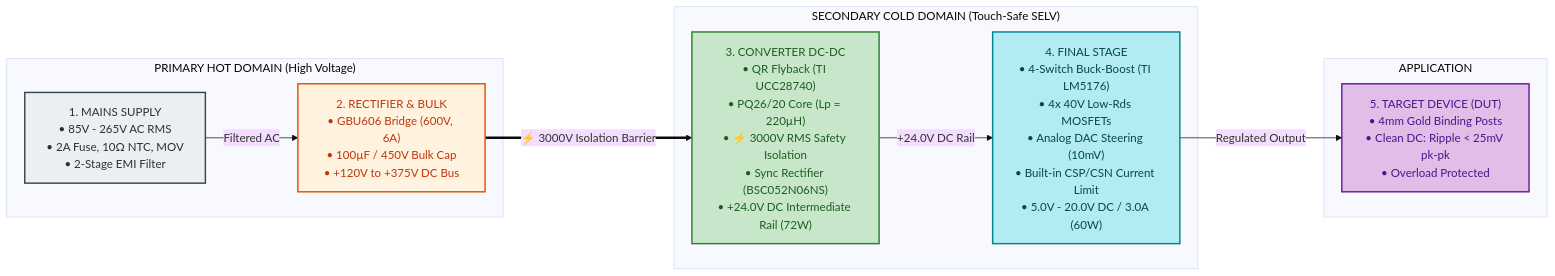
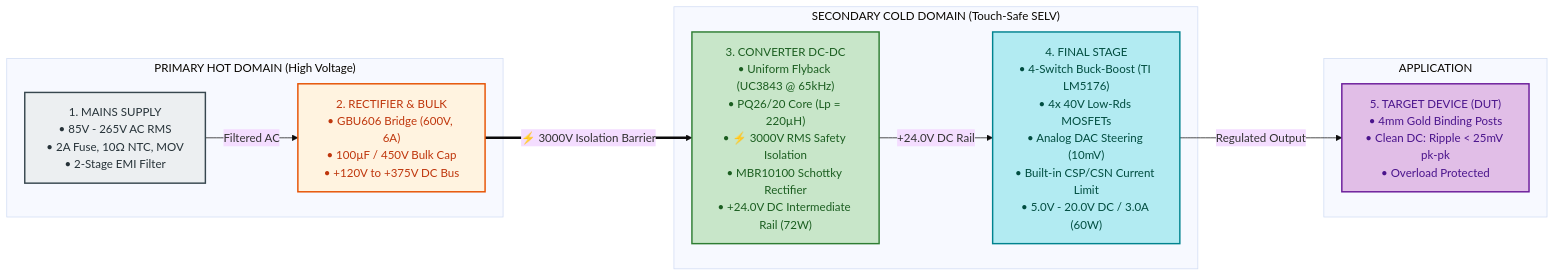
Before and after one commit to tthongs/av_iv: the diagram in README.md, drawn with Mermaid (base theme). The commit also changed other lines of this file and 30 other files, not shown here.

First line of the commit message:
feat(spps): implement uniform-frequency flyback architecture and standalone subsystem table

````diff
--- a/README.md
+++ b/README.md
@@ -18,28 +18,28 @@
 ```mermaid
 flowchart LR
     %% Domain Styles
     classDef acStyle fill:#ECEFF1,stroke:#37474F,stroke-width:2px,color:#263238
     classDef rectStyle fill:#FFF3E0,stroke:#E65100,stroke-width:2px,color:#BF360C
     classDef isoStyle fill:#C8E6C9,stroke:#2E7D32,stroke-width:2px,color:#1B5E20
     classDef bbStyle fill:#B2EBF2,stroke:#00838F,stroke-width:2px,color:#004D40
     classDef dutStyle fill:#E1BEE7,stroke:#6A1B9A,stroke-width:2px,color:#4A148C
 
     subgraph HOT_DOMAIN ["PRIMARY HOT DOMAIN (High Voltage)"]
         S1["1. MAINS SUPPLY<br/>• 85V - 265V AC RMS<br/>• 2A Fuse, 10Ω NTC, MOV<br/>• 2-Stage EMI Filter"]:::acStyle
         S2["2. RECTIFIER & BULK<br/>• GBU606 Bridge (600V, 6A)<br/>• 100µF / 450V Bulk Cap<br/>• +120V to +375V DC Bus"]:::rectStyle
         S1 -->|"Filtered AC"| S2
     end
 
     subgraph COLD_DOMAIN ["SECONDARY COLD DOMAIN (Touch-Safe SELV)"]
-        S3["3. CONVERTER DC-DC<br/>• QR Flyback (TI UCC28740)<br/>• PQ26/20 Core (Lp = 220µH)<br/>• ⚡ 3000V RMS Safety Isolation<br/>• Sync Rectifier (BSC052N06NS)<br/>• +24.0V DC Intermediate Rail (72W)"]:::isoStyle
+        S3["3. CONVERTER DC-DC<br/>• Uniform Flyback (UC3843 @ 65kHz)<br/>• PQ26/20 Core (Lp = 220µH)<br/>• ⚡ 3000V RMS Safety Isolation<br/>• MBR10100 Schottky Rectifier<br/>• +24.0V DC Intermediate Rail (72W)"]:::isoStyle
         S4["4. FINAL STAGE<br/>• 4-Switch Buck-Boost (TI LM5176)<br/>• 4x 40V Low-Rds MOSFETs<br/>• Analog DAC Steering (10mV)<br/>• Built-in CSP/CSN Current Limit<br/>• 5.0V - 20.0V DC / 3.0A (60W)"]:::bbStyle
         S3 -->|"+24.0V DC Rail"| S4
     end
 
     subgraph LOAD_DOMAIN ["APPLICATION"]
         S5["5. TARGET DEVICE (DUT)<br/>• 4mm Gold Binding Posts<br/>• Clean DC: Ripple < 25mV pk-pk<br/>• Overload Protected"]:::dutStyle
     end
 
     S2 ==>|"⚡ 3000V Isolation Barrier"| S3
     S4 -->|"Regulated Output"| S5
 ```
````
